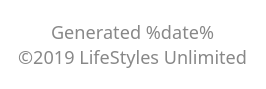
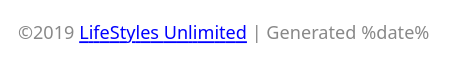
One commit to toddmo/lifestylesunlimited changed the diagram in footer.iuml. Above: the diagram before and after it, drawn with PlantUML. The commit also changed other lines of this file and 67 other files, not shown here.

```diff
--- a/footer.iuml
+++ b/footer.iuml
@@ -1,4 +1,3 @@
-footer 
-Generated %date%
-©2019 LifeStyles Unlimited
+left footer 
+	©2019 [[http://www.lifestylesunlimited.com LifeStyles Unlimited]] | Generated %date%
 endfooter
```
